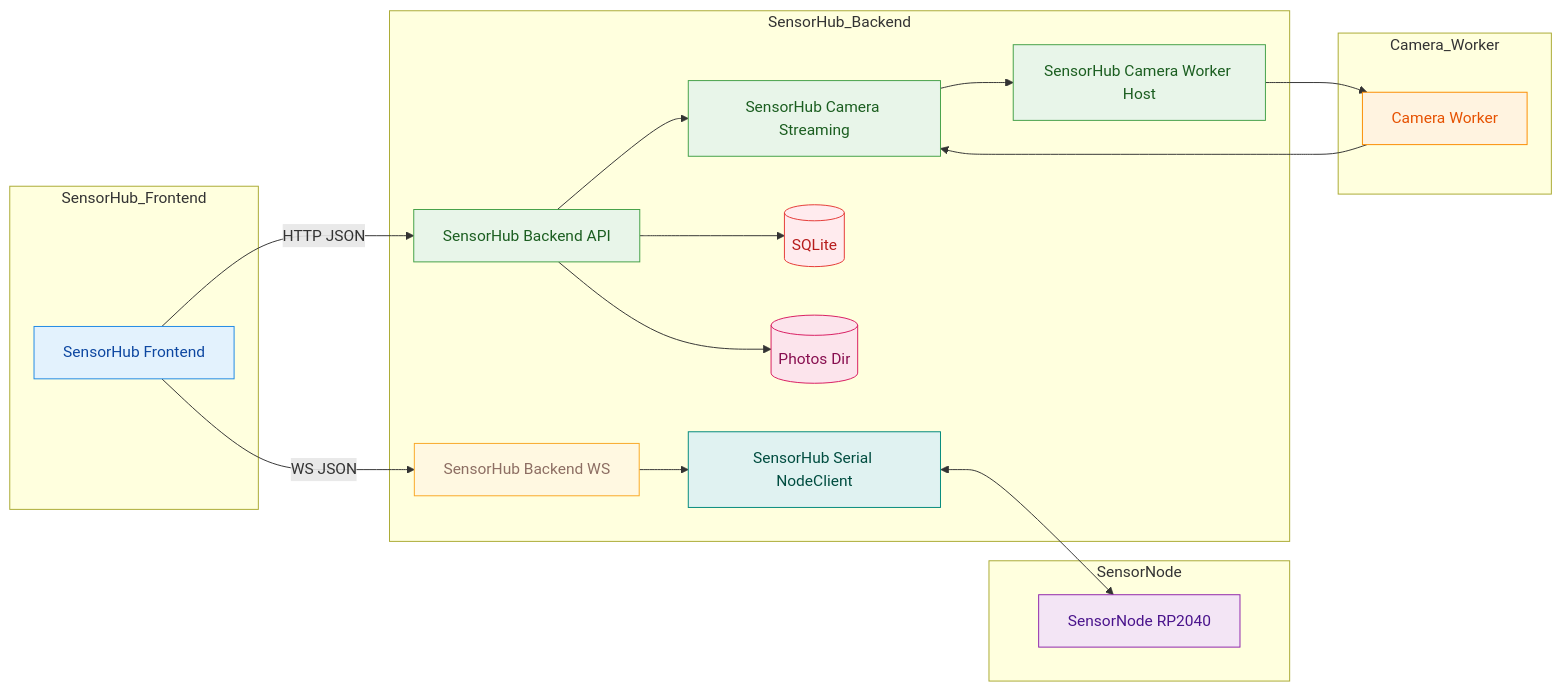
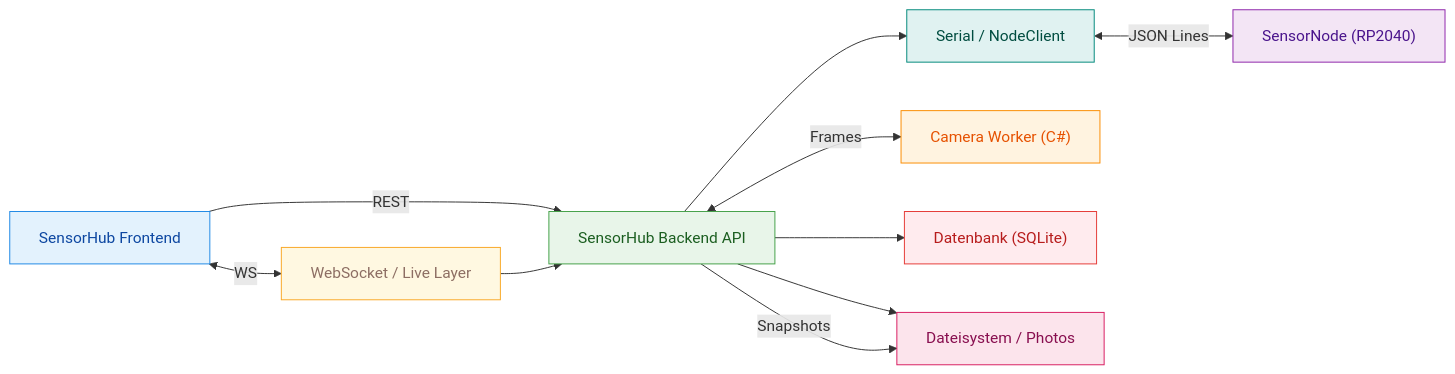
One commit to nilu-s/Hydroponik_Observer changed the first of 3 diagrams in docs/architecture.md. Above: the diagram before and after it, drawn with Mermaid. The commit also changed other lines of this file and 18 other files, not shown here.

````diff
--- a/docs/architecture.md
+++ b/docs/architecture.md
@@ -61,47 +8,39 @@
 ```mermaid
 flowchart LR
-  subgraph SensorNode
-    Node[SensorNode RP2040]
-  end
+    Frontend["SensorHub Frontend"]
+    BackendAPI["SensorHub Backend API"]
+    LiveLayer["WebSocket / Live Layer"]
+    SerialNodeClient["Serial / NodeClient"]
+    SensorNode["SensorNode (RP2040)"]
+    CameraWorker["Camera Worker (C#)"]
+    Database["Datenbank (SQLite)"]
+    PhotoFS["Dateisystem / Photos"]
 
-  subgraph SensorHub_Backend
-    API[SensorHub Backend API]
-    WS[SensorHub Backend WS]
-    Serial[SensorHub Serial NodeClient]
-    DB[(SQLite)]
-    Photos[(Photos Dir)]
-    CamCtl[SensorHub Camera Streaming]
-    WorkerCtl[SensorHub Camera Worker Host]
-  end
+    Frontend -->|REST| BackendAPI
+    Frontend <-->|WS| LiveLayer
+    LiveLayer --> BackendAPI
+    BackendAPI --> Database
+    BackendAPI --> PhotoFS
+    BackendAPI --> SerialNodeClient
+    SerialNodeClient <-->|JSON Lines| SensorNode
+    BackendAPI <-->|Frames| CameraWorker
+    BackendAPI -->|Snapshots| PhotoFS
 
-  subgraph SensorHub_Frontend
-    UI[SensorHub Frontend]
-  end
+    classDef frontend fill:#E3F2FD,stroke:#1E88E5,color:#0D47A1;
+    classDef backend fill:#E8F5E9,stroke:#43A047,color:#1B5E20;
+    classDef live fill:#FFF8E1,stroke:#F9A825,color:#8D6E63;
+    classDef serial fill:#E0F2F1,stroke:#00897B,color:#004D40;
+    classDef node fill:#F3E5F5,stroke:#8E24AA,color:#4A148C;
+    classDef worker fill:#FFF3E0,stroke:#FB8C00,color:#E65100;
+    classDef db fill:#FFEBEE,stroke:#E53935,color:#B71C1C;
+    classDef photos fill:#FCE4EC,stroke:#D81B60,color:#880E4F;
 
-  subgraph Camera_Worker
-    CamWorker[Camera Worker]
-  end
-
-  UI -->|HTTP JSON| API
-  UI -->|WS JSON| WS
-  API --> DB
-  API --> Photos
-  WS --> Serial
-  Serial <--> Node
-  CamCtl --> WorkerCtl
-  WorkerCtl --> CamWorker
-  CamWorker --> CamCtl
-  API --> CamCtl
-
-  %% Farbcode (Flowchart, kompatibel mit Mermaid Preview)
-  style UI fill:#E3F2FD,stroke:#1E88E5,color:#0D47A1
-  style API fill:#E8F5E9,stroke:#43A047,color:#1B5E20
-  style WS fill:#FFF8E1,stroke:#F9A825,color:#8D6E63
-  style Serial fill:#E0F2F1,stroke:#00897B,color:#004D40
-  style CamCtl fill:#E8F5E9,stroke:#43A047,color:#1B5E20
-  style WorkerCtl fill:#E8F5E9,stroke:#43A047,color:#1B5E20
-  style DB fill:#FFEBEE,stroke:#E53935,color:#B71C1C
-  style Photos fill:#FCE4EC,stroke:#D81B60,color:#880E4F
-  style Node fill:#F3E5F5,stroke:#8E24AA,color:#4A148C
-  style CamWorker fill:#FFF3E0,stroke:#FB8C00,color:#E65100
+    class Frontend frontend;
+    class BackendAPI backend;
+    class LiveLayer live;
+    class SerialNodeClient serial;
+    class SensorNode node;
+    class CameraWorker worker;
+    class Database db;
+    class PhotoFS photos;
 ```
````
